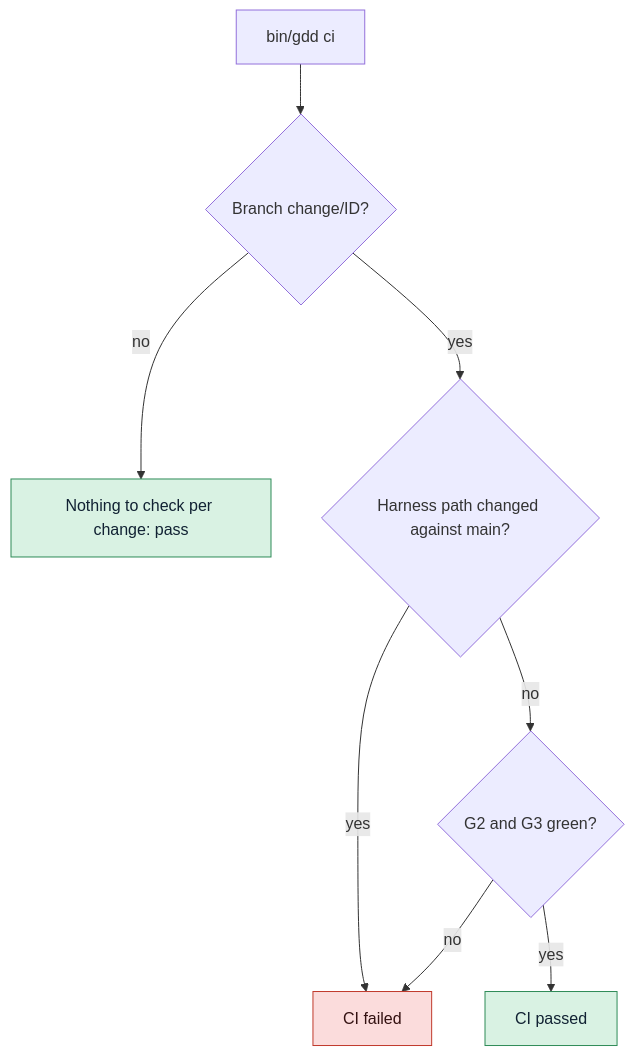
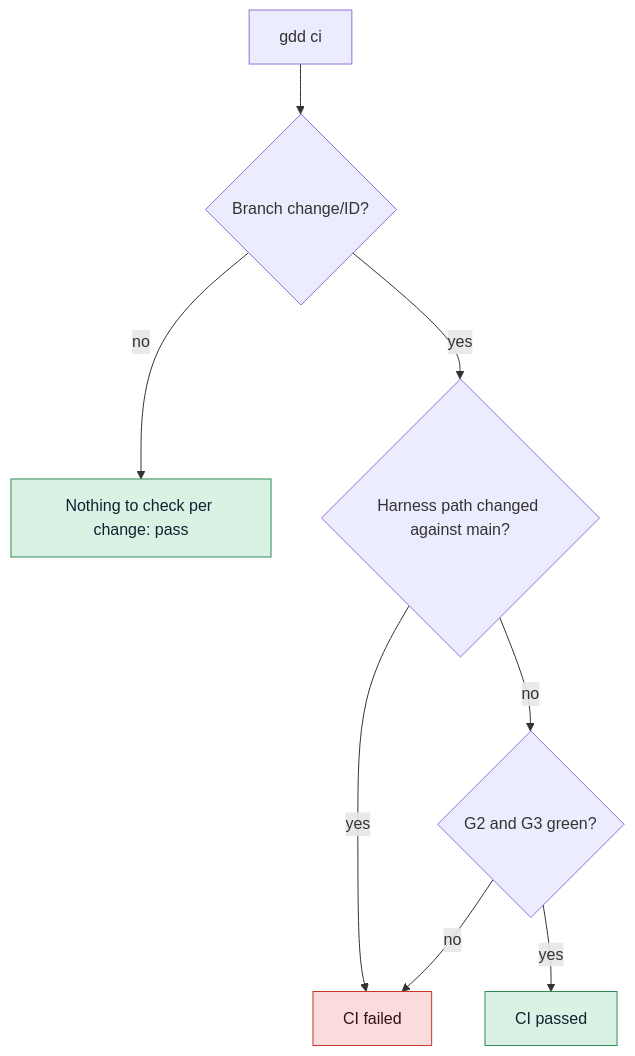
The diagram in docs/how-to/ci.md (MarsGotta/gdd), drawn with Mermaid before and after one commit. The commit also changed other lines of this file and 210 other files, not shown here.

````diff
--- a/docs/how-to/ci.md
+++ b/docs/how-to/ci.md
@@ -72,12 +84,12 @@
 ```mermaid
 flowchart TD
-    A[bin/gdd ci] --> B{Branch change/ID?}
+    A[gdd ci] --> B{Branch change/ID?}
     B -->|no| C[Nothing to check per change: pass]:::green
     B -->|yes| D{Harness path changed against main?}
     D -->|yes| F[CI failed]:::red
     D -->|no| E{G2 and G3 green?}
     E -->|yes| G[CI passed]:::green
     E -->|no| F
     classDef green fill:#d9f2e3,stroke:#2e8b57,color:#123
     classDef red fill:#fbdcdc,stroke:#c0392b,color:#311
 ```
````
